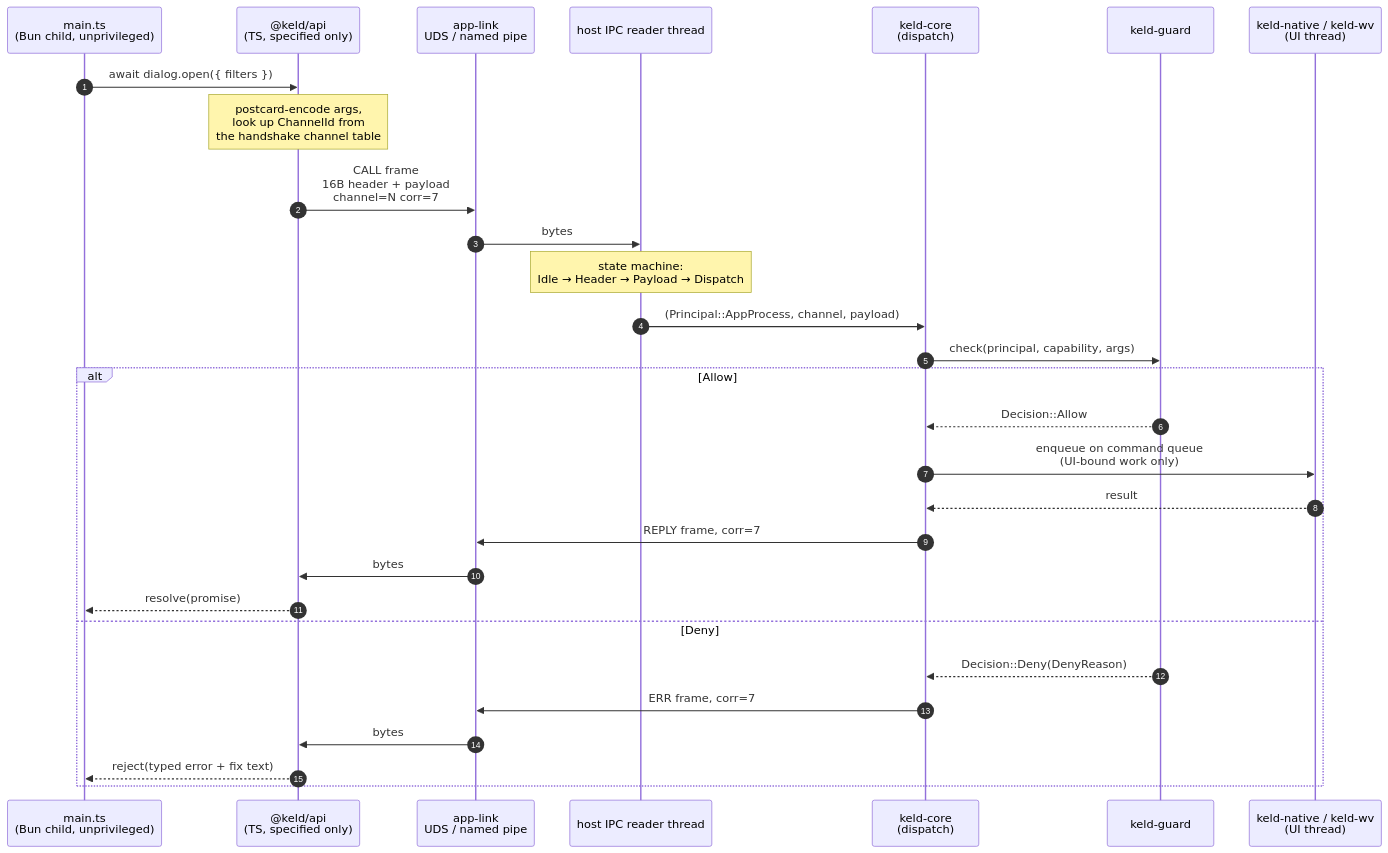
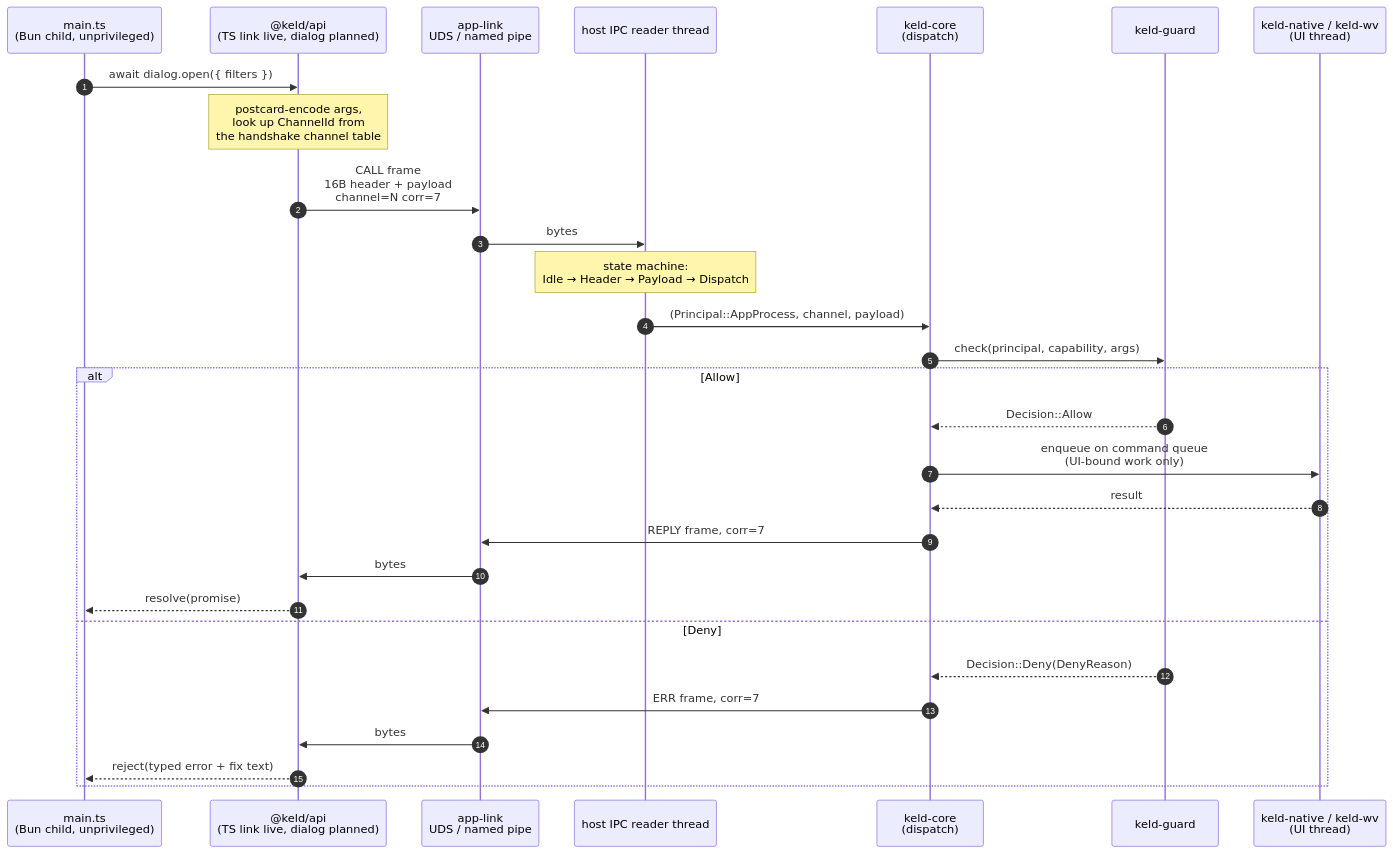
One commit to amishabenramani/keld changed the first of 3 diagrams in docs/onboarding/02-architecture-guide.md. Above: the diagram before and after it, drawn with Mermaid. The commit also changed other lines of this file, not shown here.

Commit message:
docs(onboarding): align API link status with current code

````diff
--- a/docs/onboarding/02-architecture-guide.md
+++ b/docs/onboarding/02-architecture-guide.md
@@ -199,39 +199,39 @@
 ```mermaid
 sequenceDiagram
     accTitle: Destination guarded Bun-to-host request flow
     accDescr {
       A future Bun main calls the typed API through an authenticated app link. The host
       derives principal identity, checks the guard, then invokes an allowed native
       service; this is destination behavior rather than the current echo slice.
     }
     autonumber
     participant Main as main.ts<br/>(Bun child, unprivileged)
-    participant API as @keld/api<br/>(TS, specified only)
+    participant API as @keld/api<br/>(TS link live, dialog planned)
     participant AppLink as app-link<br/>UDS / named pipe
     participant Rdr as host IPC reader thread
     participant Core as keld-core<br/>(dispatch)
     participant Guard as keld-guard
     participant Impl as keld-native / keld-wv<br/>(UI thread)
 
     Main->>API: await dialog.open({ filters })
     Note over API: postcard-encode args,<br/>look up ChannelId from<br/>the handshake channel table
     API->>AppLink: CALL frame<br/>16B header + payload<br/>channel=N corr=7
     AppLink->>Rdr: bytes
     Note over Rdr: state machine:<br/>Idle → Header → Payload → Dispatch
     Rdr->>Core: (Principal::AppProcess, channel, payload)
     Core->>Guard: check(principal, capability, args)
 
     alt Allow
         Guard-->>Core: Decision::Allow
         Core->>Impl: enqueue on command queue<br/>(UI-bound work only)
         Impl-->>Core: result
         Core->>AppLink: REPLY frame, corr=7
         AppLink->>API: bytes
         API-->>Main: resolve(promise)
     else Deny
         Guard-->>Core: Decision::Deny(DenyReason)
         Core->>AppLink: ERR frame, corr=7
         AppLink->>API: bytes
         API-->>Main: reject(typed error + fix text)
     end
 ```
````
